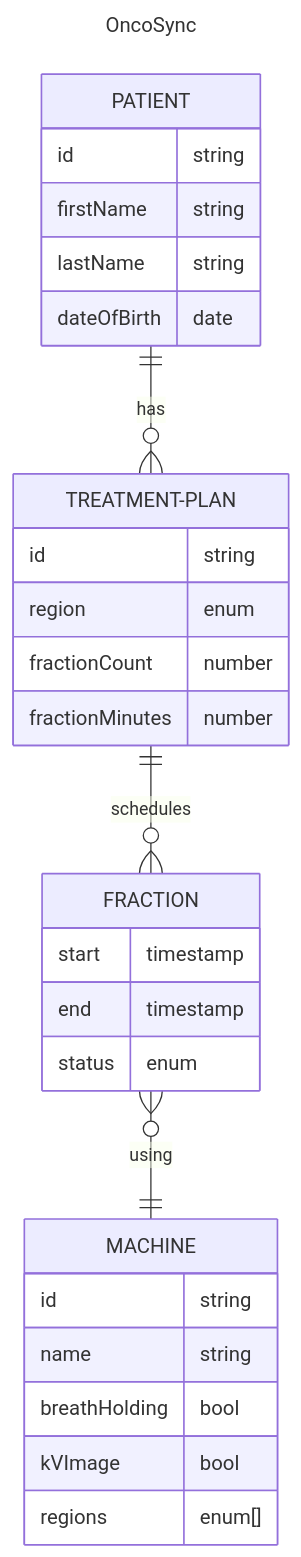
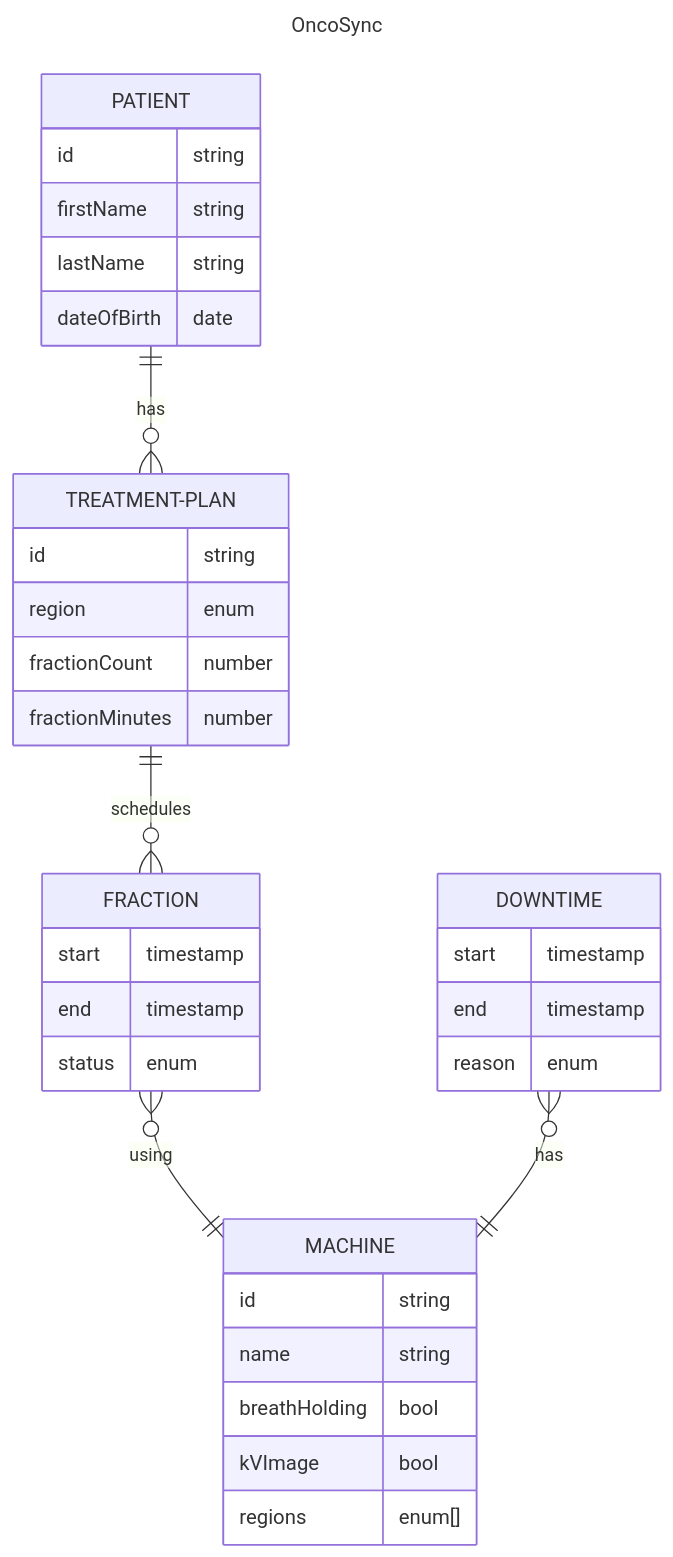
One commit to 6uliver/radiotherapy-appointment-system changed the diagram in erd.md. Above: the diagram before and after it, drawn with Mermaid.

````diff
--- a/erd.md
+++ b/erd.md
@@ -1,39 +1,47 @@
 ```mermaid
 ---
 title: OncoSync
 ---
 erDiagram
     PATIENT {
         id string
         firstName string
         lastName string
         dateOfBirth date
     }
 
     TREATMENT-PLAN {
         id string
         region enum
         fractionCount number
         fractionMinutes number
     }
 
     FRACTION {
         start timestamp
         end timestamp
         status enum
     }
 
     PATIENT ||--o{ TREATMENT-PLAN : has
 
     TREATMENT-PLAN ||--o{ FRACTION: schedules
 
     FRACTION }o--|| MACHINE: using
 
     MACHINE {
         id string
         name string
         breathHolding bool
         kVImage bool
         regions enum[]
     }
+
+    DOWNTIME {
+        start timestamp
+        end timestamp
+        reason enum
+    }
+
+    DOWNTIME }o--|| MACHINE: has
 ```
````
